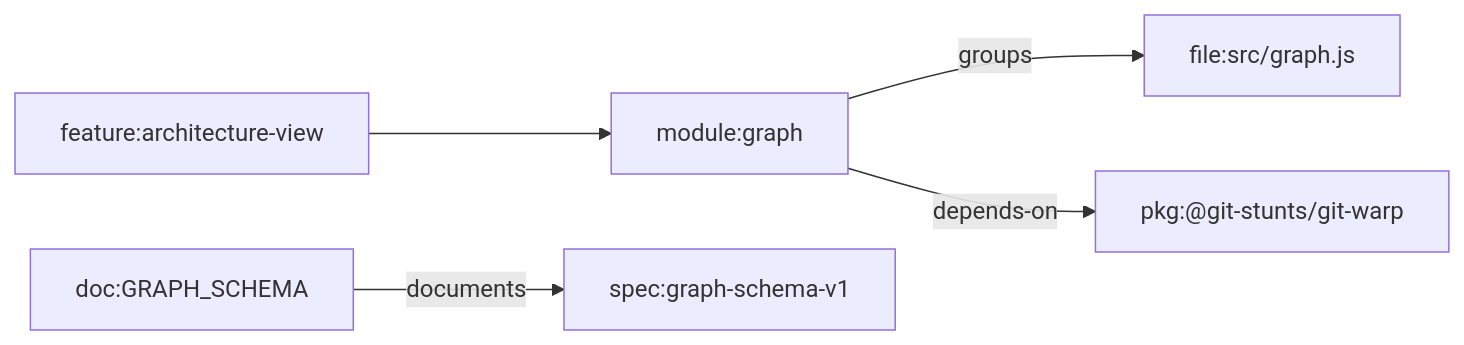
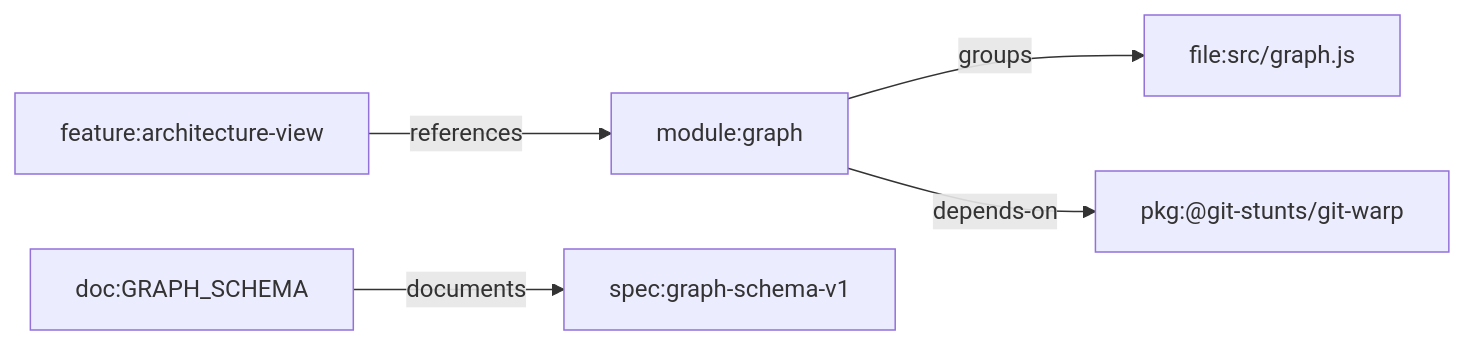
The diagram in docs/design/feature-profiles/views-lenses.md (flyingrobots/git-mind), drawn with Mermaid before and after one commit. The commit also changed 9 other files, not shown here.

Commit message:
docs: address graph model review findings (#322)

````diff
--- a/docs/design/feature-profiles/views-lenses.md
+++ b/docs/design/feature-profiles/views-lenses.md
@@ -62,7 +62,7 @@
 ```mermaid
 flowchart LR
-    Architecture["feature:architecture-view"] --> Module["module:graph"]
+    Architecture["feature:architecture-view"] -->|references| Module["module:graph"]
     Module -->|groups| Source["file:src/graph.js"]
     Doc["doc:GRAPH_SCHEMA"] -->|documents| Spec["spec:graph-schema-v1"]
     Module -->|depends-on| Package["pkg:@git-stunts/git-warp"]
 ```
````
